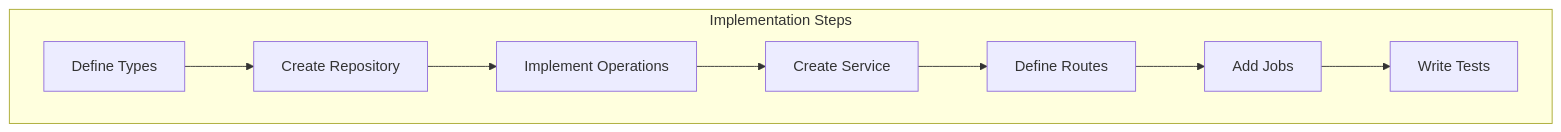
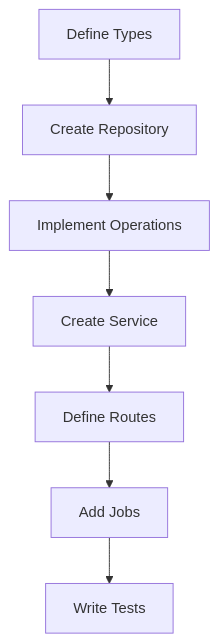
One commit to tonglam/letletme_data changed the diagram in documentation/implementation/Domain_Development_Guide.md. Above: the diagram before and after it, drawn with Mermaid. The commit also changed other lines of this file and 57 other files, not shown here.

````diff
--- a/documentation/implementation/Domain_Development_Guide.md
+++ b/documentation/implementation/Domain_Development_Guide.md
@@ -111,11 +43,9 @@
 ```mermaid
 graph TD
-    subgraph "Implementation Steps"
-        A[Define Types] --> B[Create Repository]
-        B --> C[Implement Operations]
-        C --> D[Create Service]
-        D --> E[Define Routes]
-        E --> F[Add Jobs]
-        F --> G[Write Tests]
-    end
+    A[Define Types] --> B[Create Repository]
+    B --> C[Implement Operations]
+    C --> D[Create Service]
+    D --> E[Define Routes]
+    E --> F[Add Jobs]
+    F --> G[Write Tests]
 ```
````
